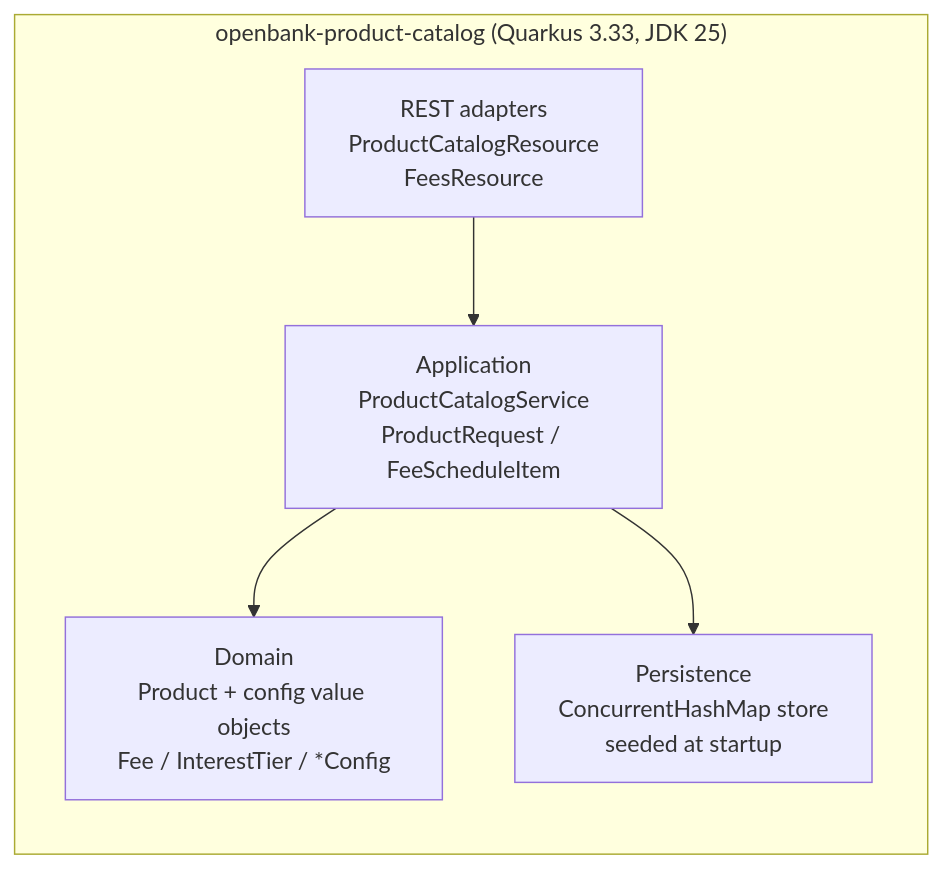
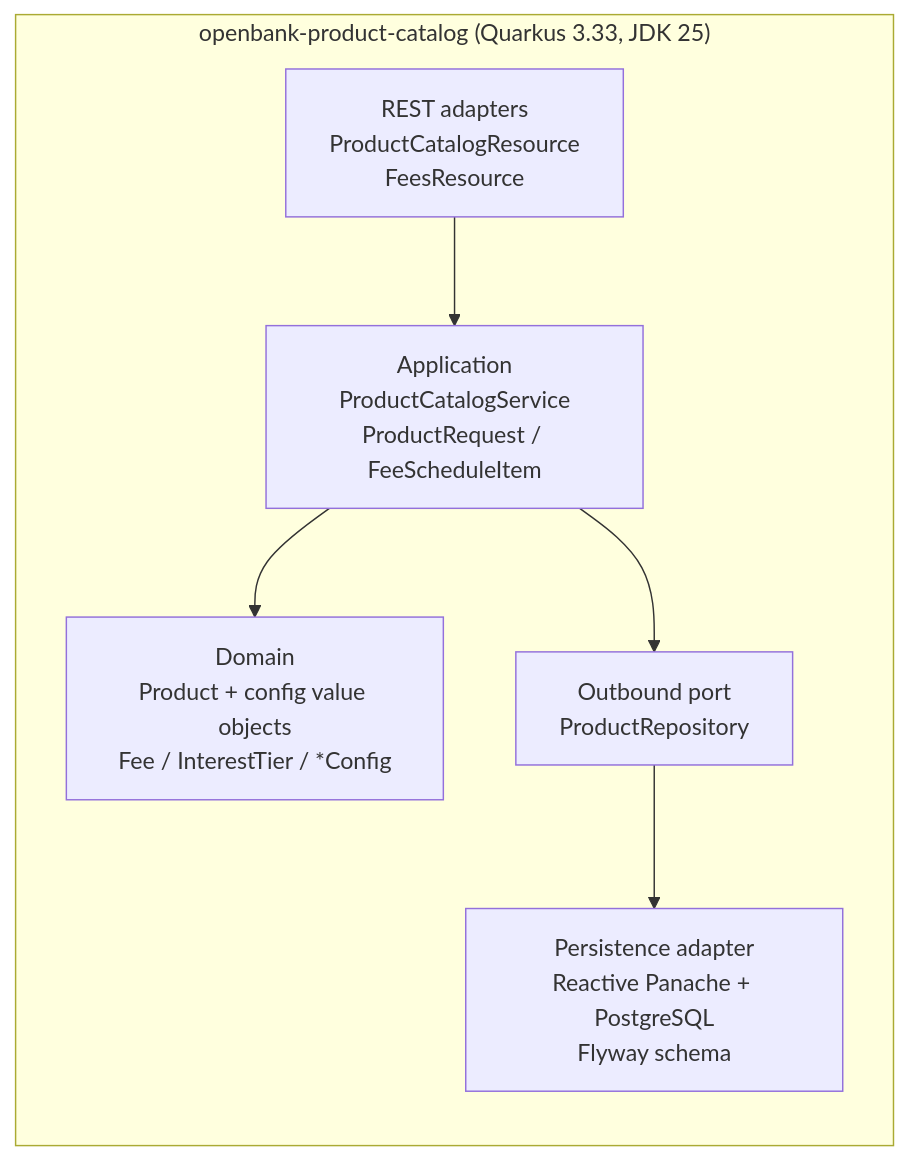
The second of 2 diagrams in openbank-product-catalog/src/main/resources/docs/02-architecture.en.md (JiRaska/open-bank-oss), drawn with Mermaid before and after one commit. The commit also changed other lines of this file and 28 other files, not shown here.

````diff
--- a/openbank-product-catalog/src/main/resources/docs/02-architecture.en.md
+++ b/openbank-product-catalog/src/main/resources/docs/02-architecture.en.md
@@ -31,14 +31,16 @@
 ```mermaid
 graph TB
   subgraph "openbank-product-catalog (Quarkus 3.33, JDK 25)"
     direction TB
     rest[REST adapters<br/>ProductCatalogResource<br/>FeesResource]
     app[Application<br/>ProductCatalogService<br/>ProductRequest / FeeScheduleItem]
     dom[Domain<br/>Product + config value objects<br/>Fee / InterestTier / *Config]
-    store[Persistence<br/>ConcurrentHashMap store<br/>seeded at startup]
+    port[Outbound port<br/>ProductRepository]
+    store[Persistence adapter<br/>Reactive Panache + PostgreSQL<br/>Flyway schema]
   end
 
   rest --> app
   app --> dom
-  app --> store
+  app --> port
+  port --> store
 ```
````
